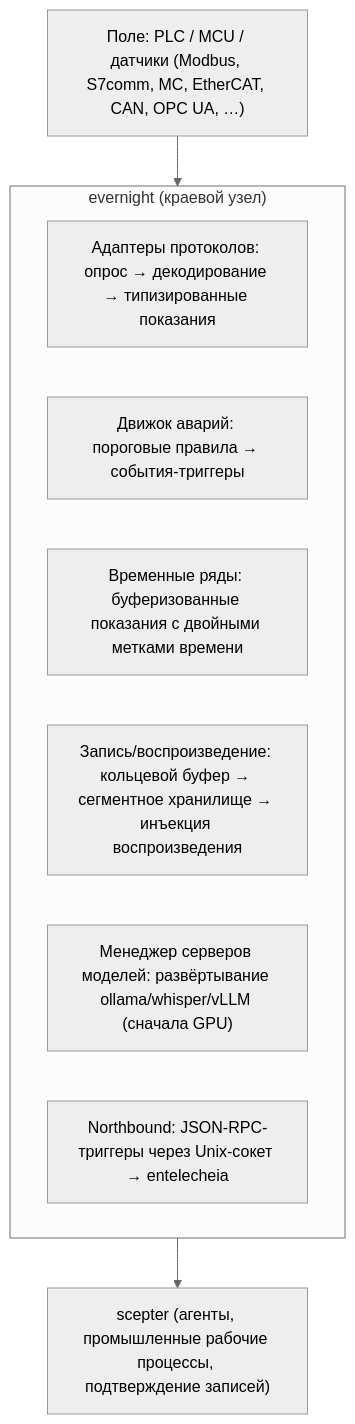
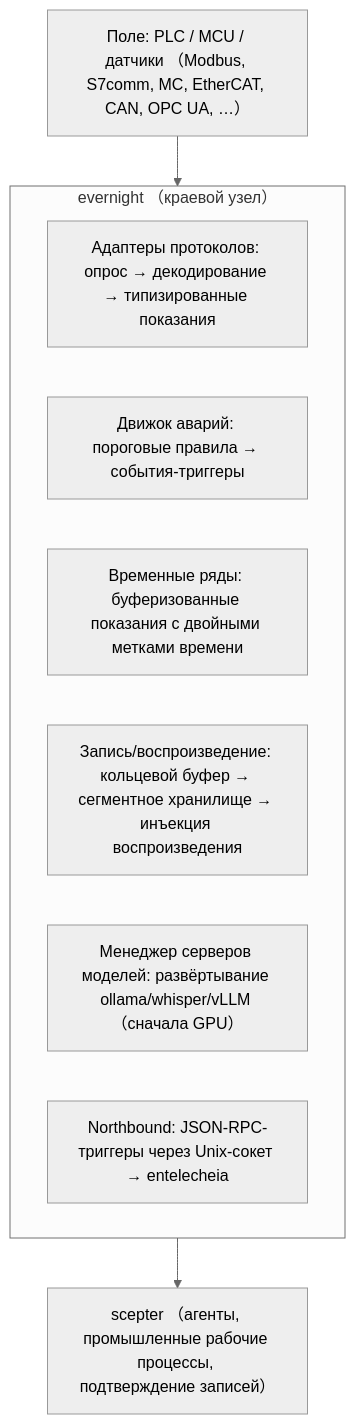
The diagram in docs/ru/platforms/evernight.md (celestia-island/docs.celestia.world), drawn with Mermaid (neutral theme) before and after one commit. The commit also changed 35 other files, not shown here.

First line of the commit message:
📝 Convert ASCII parentheses in mermaid fences to fullwidth across languages. (#96)

````diff
--- a/docs/ru/platforms/evernight.md
+++ b/docs/ru/platforms/evernight.md
@@ -11,14 +11,14 @@
 ```mermaid
 flowchart TD
-    C["Поле: PLC / MCU / датчики (Modbus, S7comm, MC, EtherCAT, CAN, OPC UA, …)"]
-    subgraph G["evernight (краевой узел)"]
+    C["Поле: PLC / MCU / датчики （Modbus, S7comm, MC, EtherCAT, CAN, OPC UA, …）"]
+    subgraph G["evernight （краевой узел）"]
         N0["Адаптеры протоколов: опрос → декодирование → типизированные показания"]
         N1["Движок аварий: пороговые правила → события-триггеры"]
         N2["Временные ряды: буферизованные показания с двойными метками времени"]
         N3["Запись/воспроизведение: кольцевой буфер → сегментное хранилище → инъекция воспроизведения"]
-        N4["Менеджер серверов моделей: развёртывание ollama/whisper/vLLM (сначала GPU)"]
+        N4["Менеджер серверов моделей: развёртывание ollama/whisper/vLLM （сначала GPU）"]
         N5["Northbound: JSON-RPC-триггеры через Unix-сокет → entelecheia"]
     end
     C --> G
-    G --> B["scepter (агенты, промышленные рабочие процессы, подтверждение записей)"]
+    G --> B["scepter （агенты, промышленные рабочие процессы, подтверждение записей）"]
 ```
````
